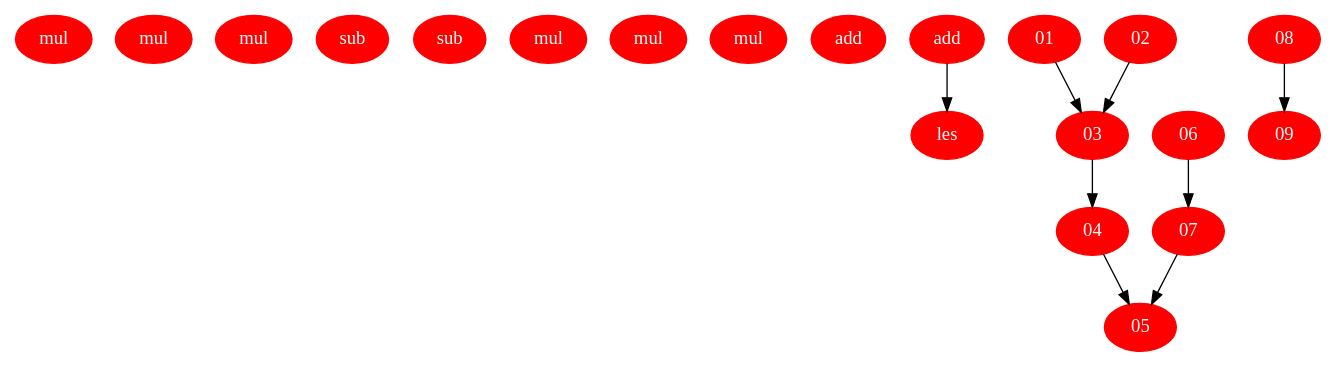
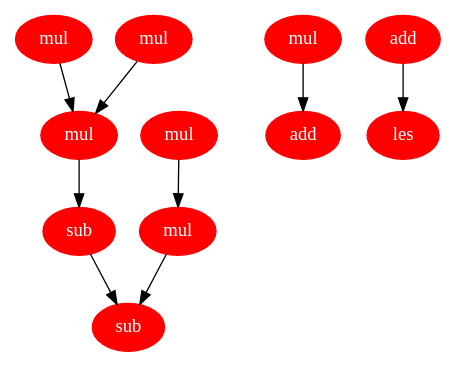
The diagram in benchmark/hal.dot (zephyr2k/project_nitd_clock), drawn with Graphviz before and after one commit. The commit also changed 5 other files, not shown here.

```diff
--- a/benchmark/hal.dot
+++ b/benchmark/hal.dot
@@ -1,22 +1,22 @@
 digraph hal1 {
     node [fontcolor=white,style=filled,color="160,60,176"];
-    1 [label = mul];
-    2 [label = mul];
-    3 [label = mul];
-    4 [label = sub];
-    5 [label = sub];
-    6 [label = mul];
-    7 [label = mul];
-    8 [label = mul];
-    9 [label = add];
+    01 [label = mul];
+    02 [label = mul];
+    03 [label = mul];
+    04 [label = sub];
+    05 [label = sub];
+    06 [label = mul];
+    07 [label = mul];
+    08 [label = mul];
+    09 [label = add];
     10 [label = add];
     11 [label = les];
     01 -> 03 [name=16];
     02 -> 03 [name=14];
     03 -> 04 [name=20];
     04 -> 05 [name=24];
     06 -> 07 [name=17];
     07 -> 05 [name=22];
     08 -> 09 [name=15];
     10 -> 11 [name=18];
 }
```
